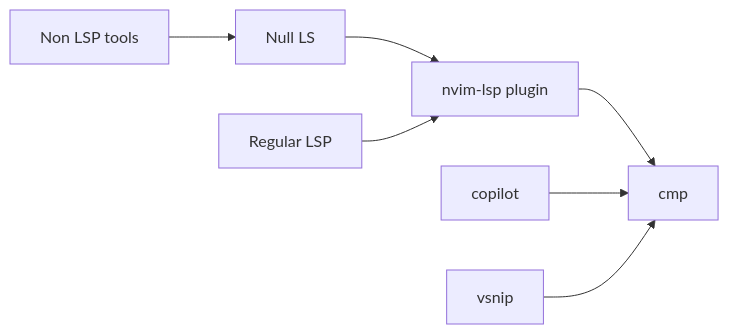
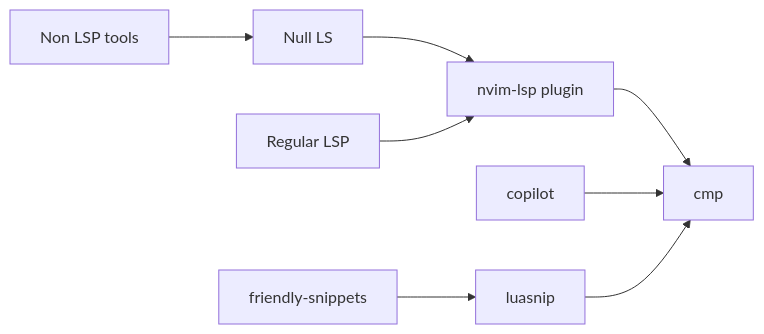
The diagram in README.md (albandiguer/dotfiles), drawn with Mermaid before and after one commit. The commit also changed other lines of this file and 7 other files, not shown here.

Commit message:
feat: graphite

````diff
--- a/README.md
+++ b/README.md
@@ -84,17 +84,16 @@
 ```mermaid
 flowchart LR
   cmp["cmp"]
   copilot["copilot"]
   not-lsp["Non LSP tools"]
   null-ls["Null LS"]
   nvim-lsp["nvim-lsp plugin"]
   regular-lsp["Regular LSP"]
   not-lsp --> null-ls
   null-ls --> nvim-lsp
   regular-lsp --> nvim-lsp
   nvim-lsp --> cmp
   copilot --> cmp
-  vsnip --> cmp
-
-
+  luasnip --> cmp
+  friendly-snippets --> luasnip
 ```
````
